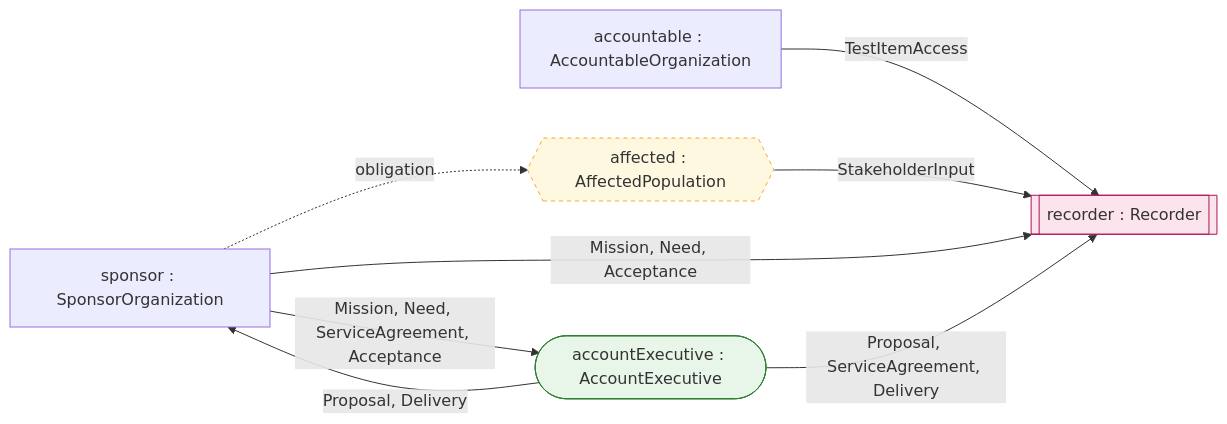
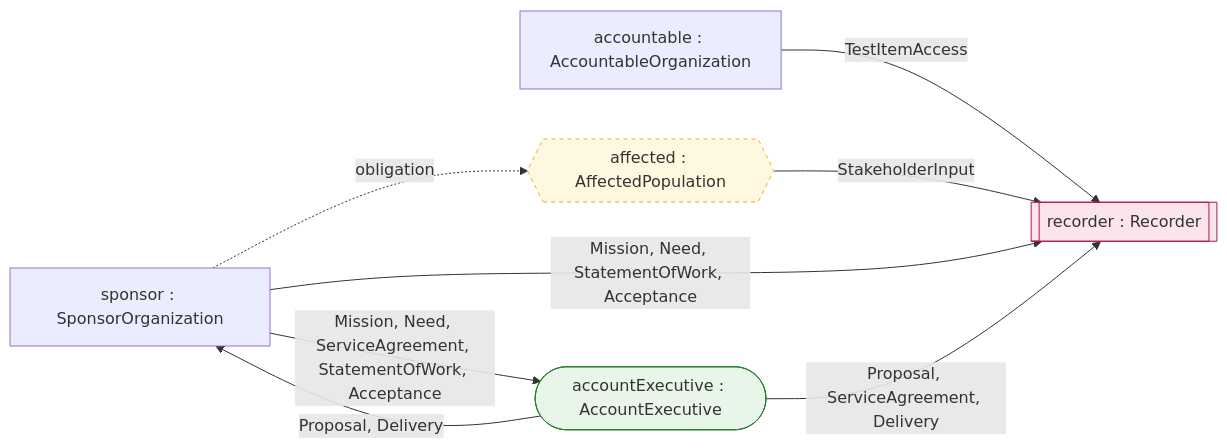
Before and after one commit to DynamicalSystemsGroup/og-caie-spec: the diagram in generated/wiring-contracting.md, drawn with Mermaid. The commit also changed 58 other files, not shown here.

````diff
--- a/generated/wiring-contracting.md
+++ b/generated/wiring-contracting.md
@@ -3,21 +3,21 @@
 ```{mermaid}
 flowchart LR
   accountable["accountable : AccountableOrganization"]
   affected{{"affected : AffectedPopulation"}}
   sponsor["sponsor : SponsorOrganization"]
   testingOrg_accountExecutive(["accountExecutive : AccountExecutive"])
   testingOrg_recorder[["recorder : Recorder"]]
   accountable -- "TestItemAccess" --> testingOrg_recorder
   affected -- "StakeholderInput" --> testingOrg_recorder
-  sponsor -- "Mission, Need, ServiceAgreement, Acceptance" --> testingOrg_accountExecutive
-  sponsor -- "Mission, Need, Acceptance" --> testingOrg_recorder
+  sponsor -- "Mission, Need, ServiceAgreement, StatementOfWork, Acceptance" --> testingOrg_accountExecutive
+  sponsor -- "Mission, Need, StatementOfWork, Acceptance" --> testingOrg_recorder
   testingOrg_accountExecutive -- "Proposal, Delivery" --> sponsor
   testingOrg_accountExecutive -- "Proposal, ServiceAgreement, Delivery" --> testingOrg_recorder
   sponsor -. "obligation" .-> affected
   classDef person fill:#e8f5e9,stroke:#2e7d32;
   classDef machine fill:#fce4ec,stroke:#ad1457;
   classDef party fill:#fff8e1,stroke:#f9a825,stroke-dasharray: 4 4;
   class testingOrg_accountExecutive person;
   class testingOrg_recorder machine;
   class affected party;
 ```
````
